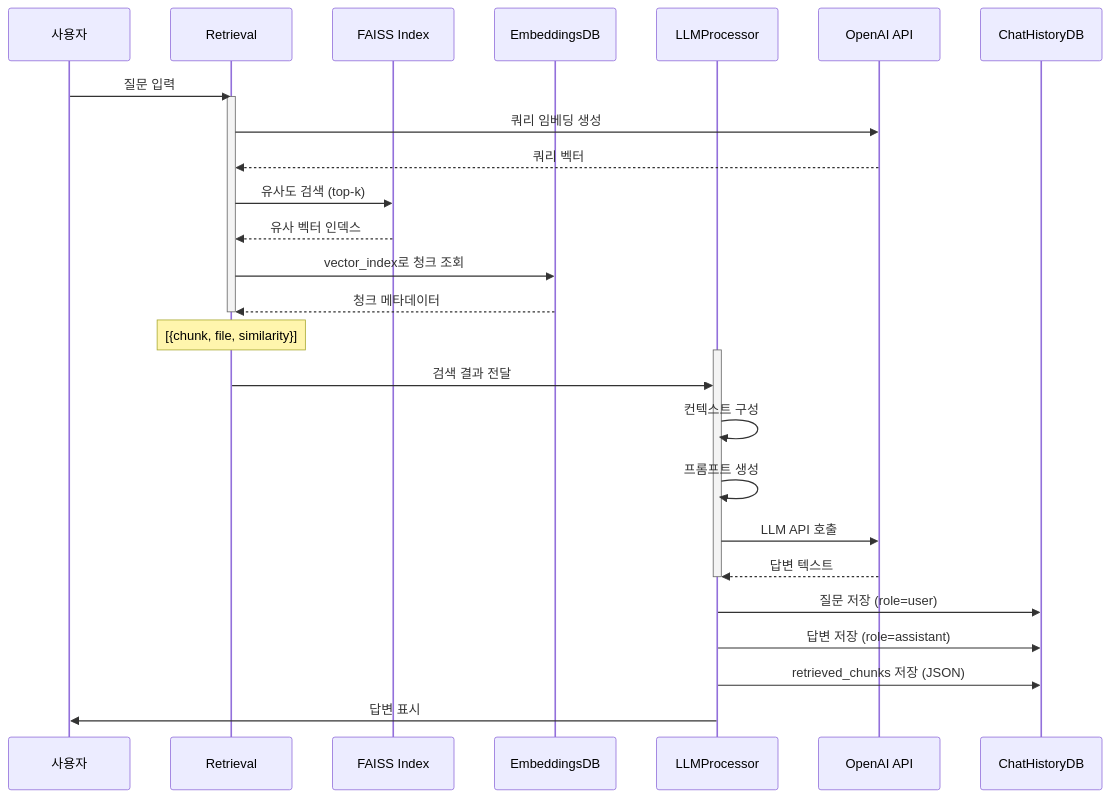
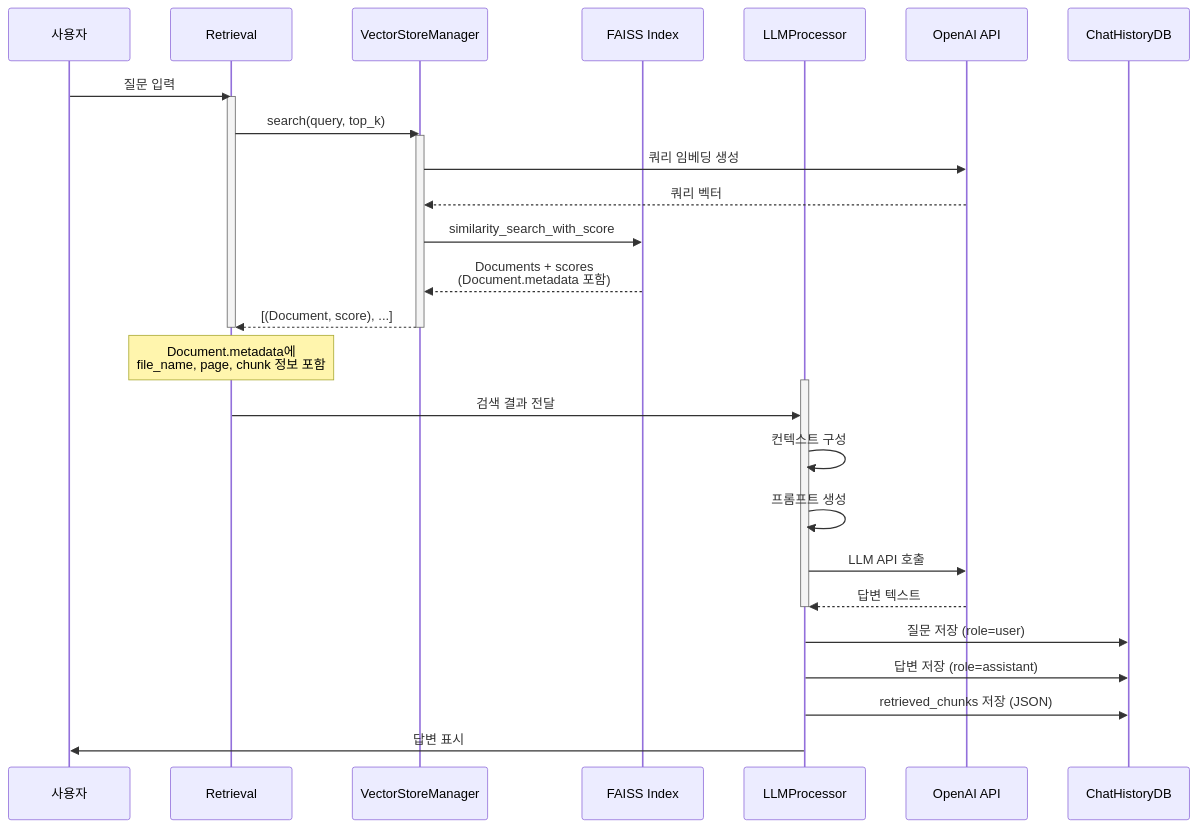
Before and after one commit to c0z0c/codeit_ai_g2b_search: the sixth of 11 diagrams in docs/doc/시스템_아키텍처_설계서.md, drawn with Mermaid. The commit also changed other lines of this file, not shown here.

````diff
--- a/docs/doc/시스템_아키텍처_설계서.md
+++ b/docs/doc/시스템_아키텍처_설계서.md
@@ -600,36 +599,38 @@
 ```mermaid
 sequenceDiagram
     participant User as 사용자
     participant Ret as Retrieval
+    participant VM as VectorStoreManager
     participant FAISS as FAISS Index
-    participant EDB as EmbeddingsDB
     participant LLM as LLMProcessor
     participant OpenAI as OpenAI API
     participant CDB as ChatHistoryDB
 
     User->>Ret: 질문 입력
     activate Ret
-    Ret->>OpenAI: 쿼리 임베딩 생성
-    OpenAI-->>Ret: 쿼리 벡터
-    Ret->>FAISS: 유사도 검색 (top-k)
-    FAISS-->>Ret: 유사 벡터 인덱스
-    Ret->>EDB: vector_index로 청크 조회
-    EDB-->>Ret: 청크 메타데이터
+    Ret->>VM: search(query, top_k)
+    activate VM
+    VM->>OpenAI: 쿼리 임베딩 생성
+    OpenAI-->>VM: 쿼리 벡터
+    VM->>FAISS: similarity_search_with_score
+    FAISS-->>VM: Documents + scores<br/>(Document.metadata 포함)
+    VM-->>Ret: [(Document, score), ...]
+    deactivate VM
     deactivate Ret
 
-    Note over Ret: [{chunk, file, similarity}]
+    Note over Ret: Document.metadata에<br/>file_name, page, chunk 정보 포함
 
     activate LLM
     Ret->>LLM: 검색 결과 전달
     LLM->>LLM: 컨텍스트 구성
     LLM->>LLM: 프롬프트 생성
     LLM->>OpenAI: LLM API 호출
     OpenAI-->>LLM: 답변 텍스트
     deactivate LLM
 
     LLM->>CDB: 질문 저장 (role=user)
     LLM->>CDB: 답변 저장 (role=assistant)
     LLM->>CDB: retrieved_chunks 저장 (JSON)
 
     LLM->>User: 답변 표시
 ```
````
